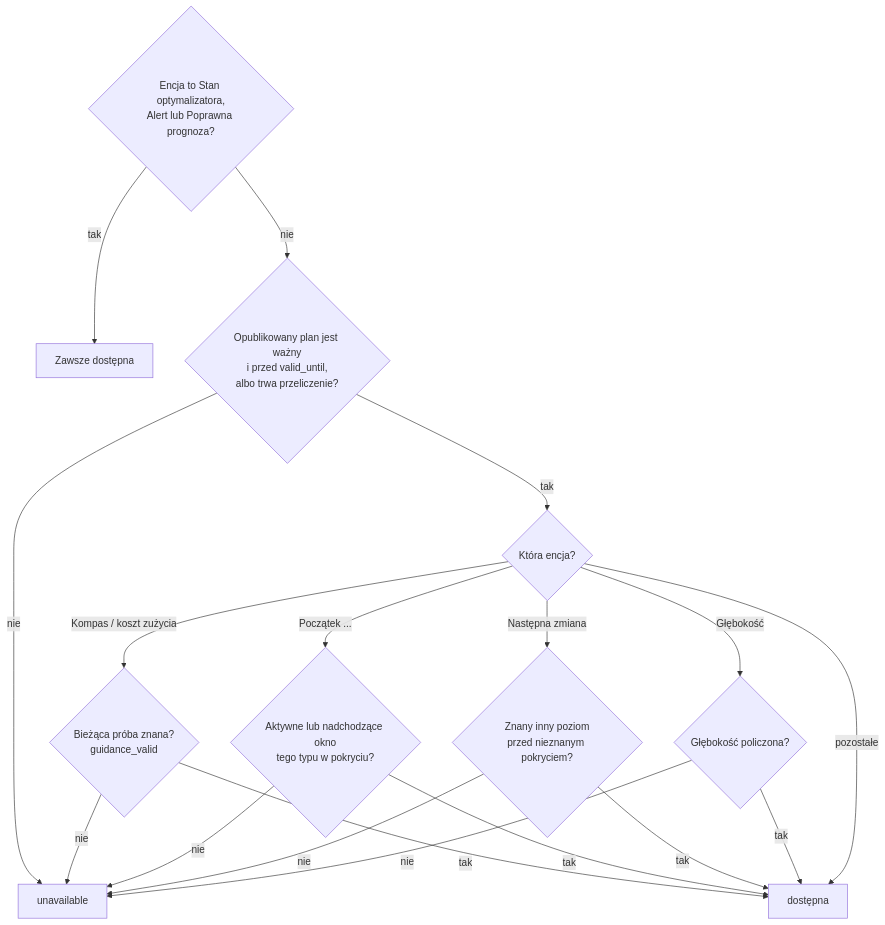
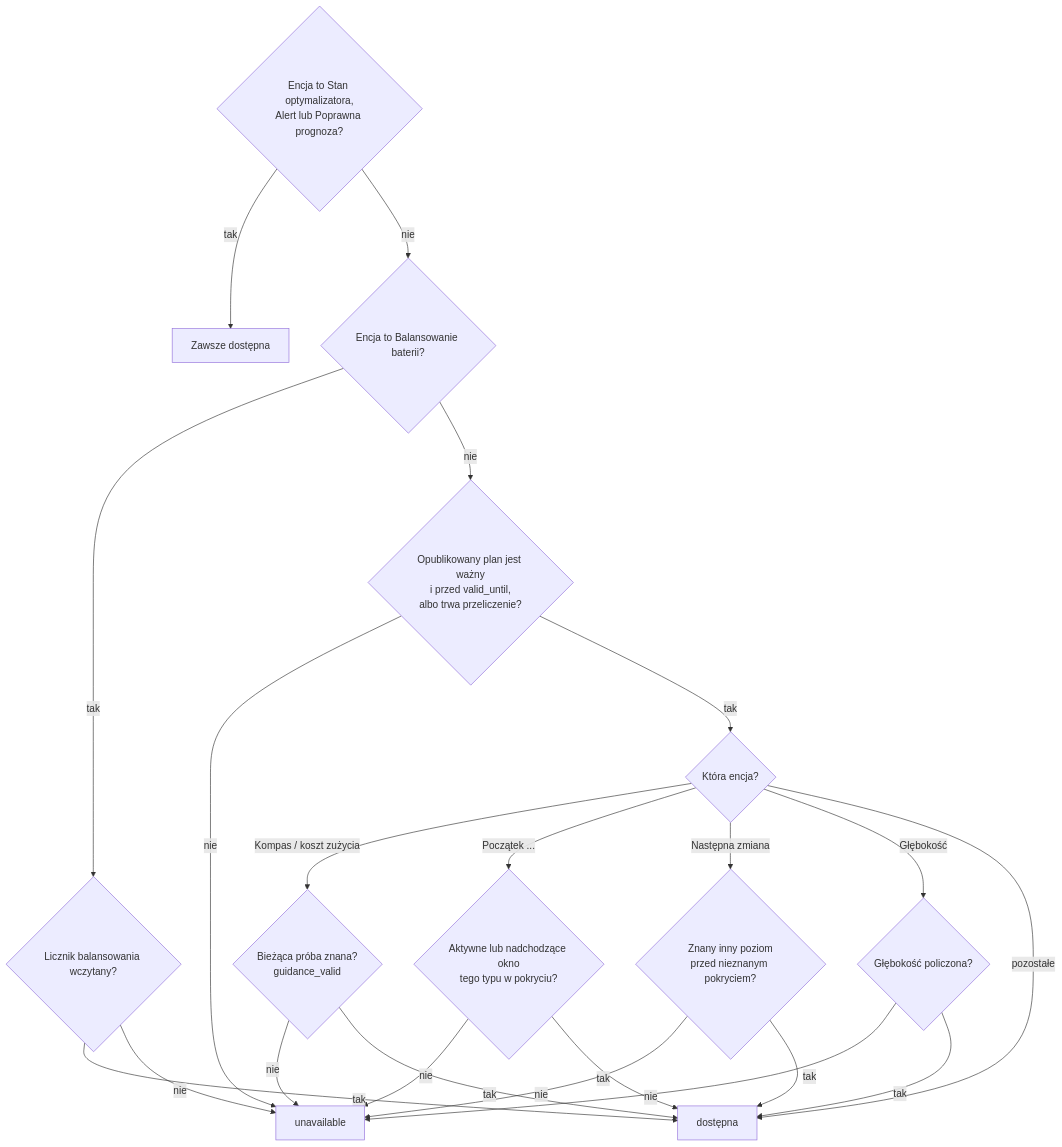
Before and after one commit to marino39/ha-energy-compass: the third of 11 diagrams in docs/guide.pl.md, drawn with Mermaid. The commit also changed other lines of this file and 21 other files, not shown here.

````diff
--- a/docs/guide.pl.md
+++ b/docs/guide.pl.md
@@ -126,20 +130,24 @@
 ```mermaid
 flowchart TD
     A{Encja to Stan optymalizatora,<br/>Alert lub Poprawna prognoza?} -- tak --> ON[Zawsze dostępna]
-    A -- nie --> B{Opublikowany plan jest ważny<br/>i przed valid_until,<br/>albo trwa przeliczenie?}
+    A -- nie --> BB{Encja to Balansowanie baterii?}
+    BB -- tak --> BBR{Licznik balansowania wczytany?}
+    BBR -- tak --> AV
+    BBR -- nie --> UN
+    BB -- nie --> B{Opublikowany plan jest ważny<br/>i przed valid_until,<br/>albo trwa przeliczenie?}
     B -- nie --> UN[unavailable]
     B -- tak --> C{Która encja?}
     C -- Kompas / koszt zużycia --> G{Bieżąca próba znana?<br/>guidance_valid}
     G -- nie --> UN
     G -- tak --> AV[dostępna]
     C -- Początek ... --> WN{Aktywne lub nadchodzące okno<br/>tego typu w pokryciu?}
     WN -- nie --> UN
     WN -- tak --> AV
     C -- Następna zmiana --> NC{Znany inny poziom<br/>przed nieznanym pokryciem?}
     NC -- nie --> UN
     NC -- tak --> AV
     C -- Głębokość --> FD{Głębokość policzona?}
     FD -- nie --> UN
     FD -- tak --> AV
     C -- pozostałe --> AV
 ```
````
